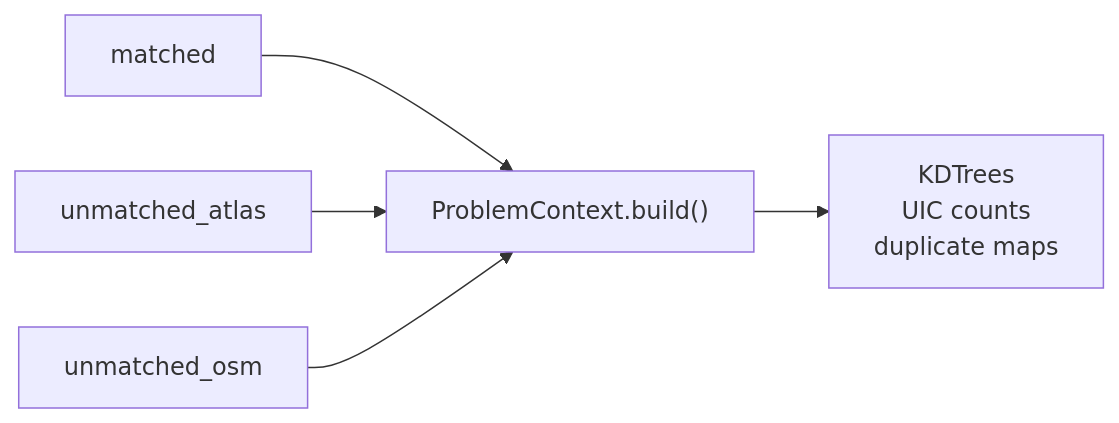
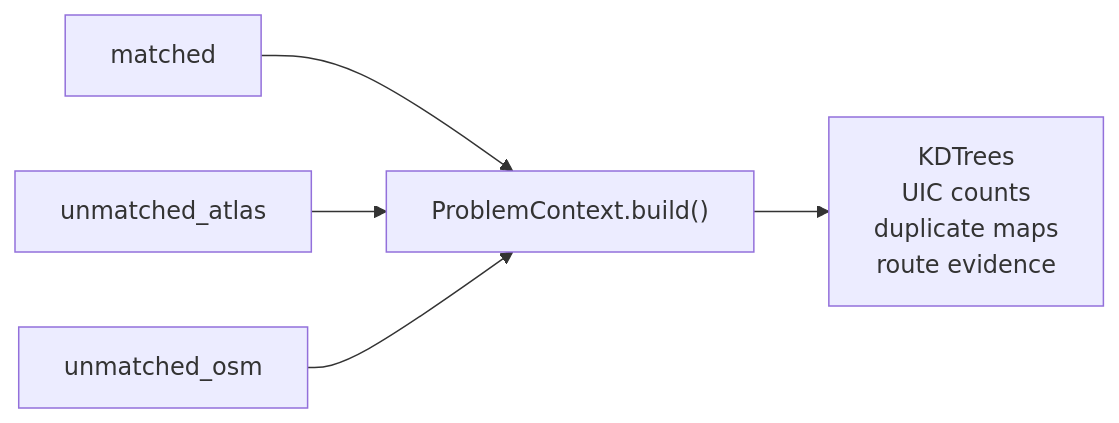
The first of 2 diagrams in documentation/4.1 Stop Problems.md (openTdataCH/stop_sync_osm_atlas), drawn with Mermaid before and after one commit. The commit also changed other lines of this file and 29 other files, not shown here.

````diff
--- a/documentation/4.1 Stop Problems.md
+++ b/documentation/4.1 Stop Problems.md
@@ -18,7 +18,7 @@
 ```mermaid
 flowchart LR
     M["matched"] & UA["unmatched_atlas"] & UO["unmatched_osm"]
     CTX["ProblemContext.build()"]
     M & UA & UO --> CTX
-    CTX --> KD["KDTrees<br/>UIC counts<br/>duplicate maps"]
+    CTX --> KD["KDTrees<br/>UIC counts<br/>duplicate maps<br/>route evidence"]
 ```
````
